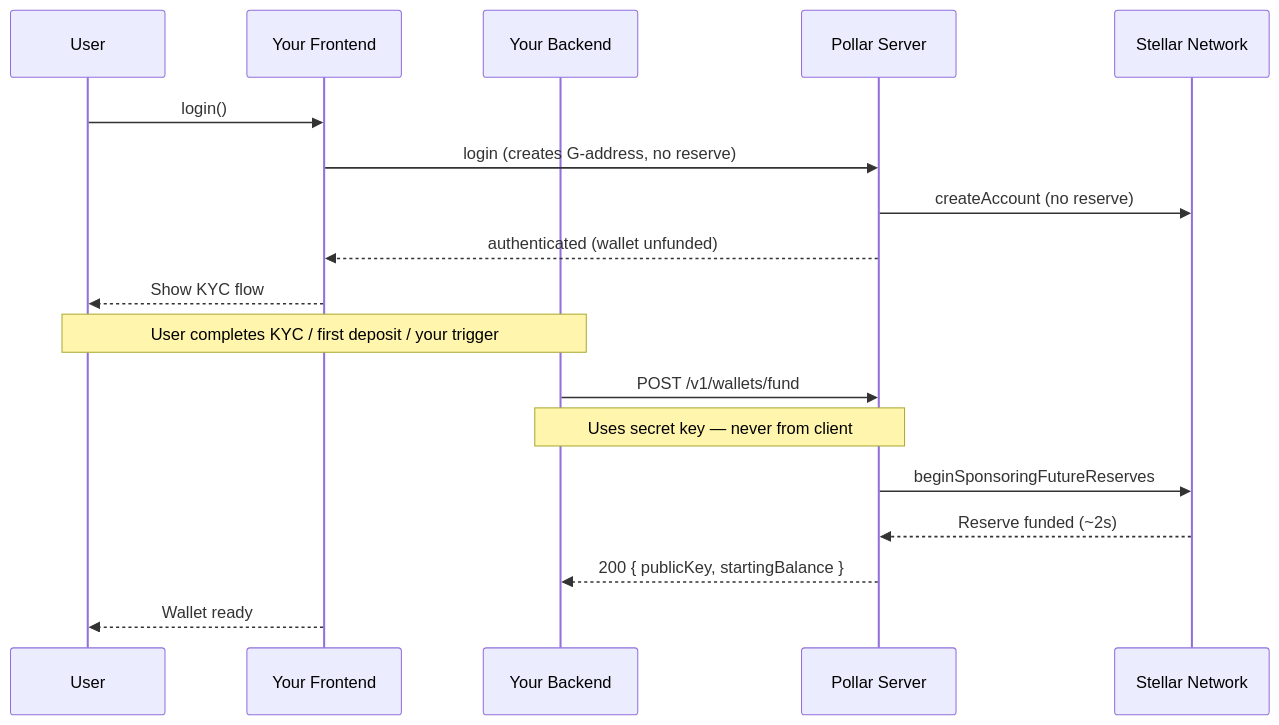
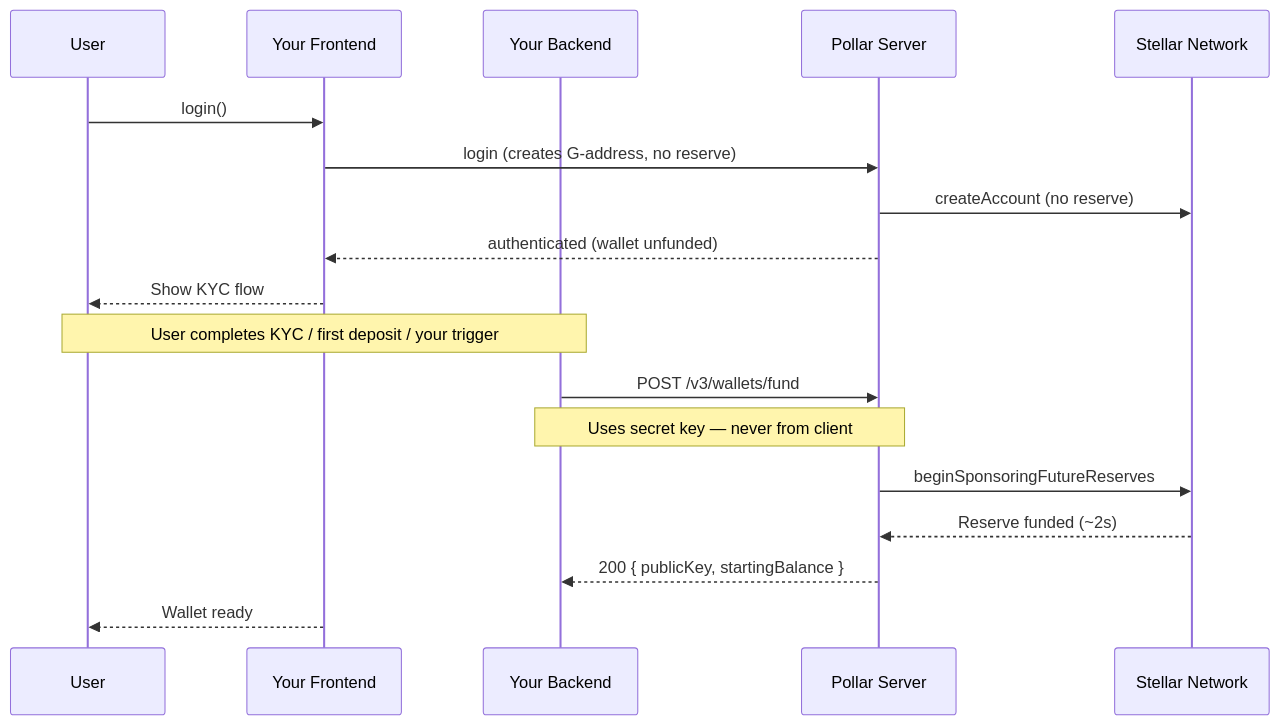
The diagram in docs/guides/deferred-flow-guide.md (pollar-xyz/pollar-docs), drawn with Mermaid before and after one commit. The commit also changed other lines of this file and 18 other files, not shown here.

````diff
--- a/docs/guides/deferred-flow-guide.md
+++ b/docs/guides/deferred-flow-guide.md
@@ -21,23 +21,23 @@
 ```mermaid
 sequenceDiagram
     participant User
     participant Frontend as Your Frontend
     participant Backend as Your Backend
     participant Pollar as Pollar Server
     participant Stellar as Stellar Network
 
     User->>Frontend: login()
     Frontend->>Pollar: login (creates G-address, no reserve)
     Pollar->>Stellar: createAccount (no reserve)
     Pollar-->>Frontend: authenticated (wallet unfunded)
     Frontend-->>User: Show KYC flow
 
     Note over User,Backend: User completes KYC / first deposit / your trigger
 
-    Backend->>Pollar: POST /v1/wallets/fund
+    Backend->>Pollar: POST /v3/wallets/fund
     Note over Backend,Pollar: Uses secret key — never from client
     Pollar->>Stellar: beginSponsoringFutureReserves
     Stellar-->>Pollar: Reserve funded (~2s)
     Pollar-->>Backend: 200 { publicKey, startingBalance }
     Frontend-->>User: Wallet ready
 ```
````
